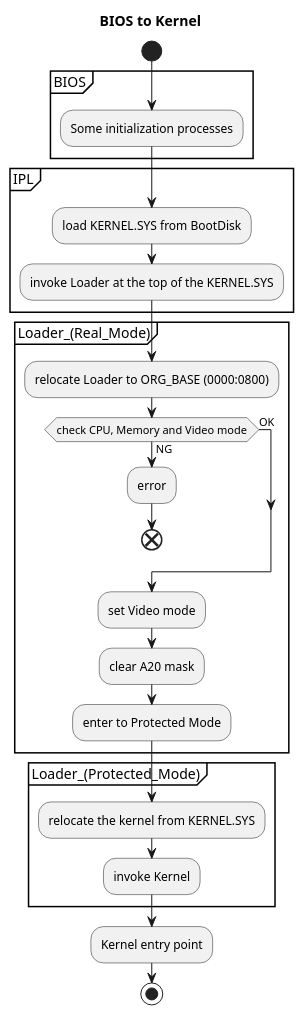
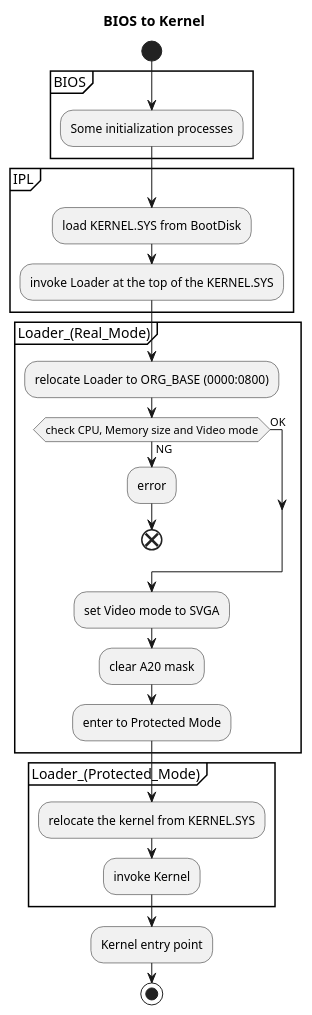
One commit to neri/poe changed the first of 2 diagrams in ARCHITECTURE.md. Above: the diagram before and after it, drawn with PlantUML. The commit also changed other lines of this file and 5 other files, not shown here.

````diff
--- a/ARCHITECTURE.md
+++ b/ARCHITECTURE.md
@@ -10,34 +47,34 @@
 ``` plantuml
 @startuml
 title BIOS to Kernel
 start
 
 partition BIOS {
     :Some initialization processes;
 }
 
 partition IPL {
     :load KERNEL.SYS from BootDisk;
     :invoke Loader at the top of the KERNEL.SYS;
 }
 
 partition Loader_(Real_Mode) {
     :relocate Loader to ORG_BASE (0000:0800);
-    if (check CPU, Memory and Video mode) then (OK)
+    if (check CPU, Memory size and Video mode) then (OK)
     else (NG)
         :error;
         end
     endif
-    :set Video mode;
+    :set Video mode to SVGA;
     :clear A20 mask;
     :enter to Protected Mode;
 }
 partition Loader_(Protected_Mode) {
     :relocate the kernel from KERNEL.SYS;
     :invoke Kernel;
 }
 :Kernel entry point;
 stop
 
 @enduml
 ```
````
